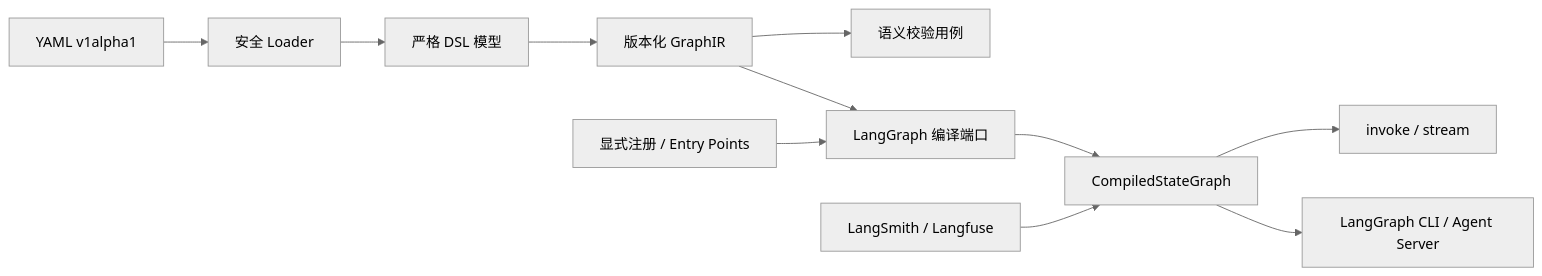
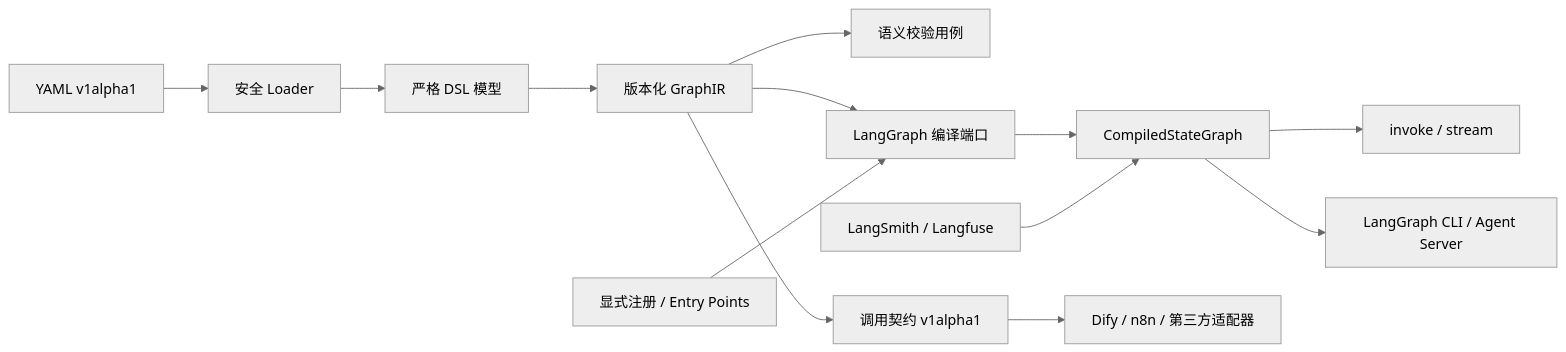
One commit to BrucePayton/GraphGPT changed the diagram in docs/ARCHITECTURE.md. Above: the diagram before and after it, drawn with Mermaid (neutral theme). The commit also changed other lines of this file and 15 other files, not shown here.

````diff
--- a/docs/ARCHITECTURE.md
+++ b/docs/ARCHITECTURE.md
@@ -8,13 +8,15 @@
 ```mermaid
 flowchart LR
     YAML["YAML v1alpha1"] --> Loader["安全 Loader"]
     Loader --> DSL["严格 DSL 模型"]
     DSL --> IR["版本化 GraphIR"]
     IR --> Validate["语义校验用例"]
     IR --> Compiler["LangGraph 编译端口"]
     Registry["显式注册 / Entry Points"] --> Compiler
     Compiler --> Native["CompiledStateGraph"]
     Native --> CLI["invoke / stream"]
     Native --> Server["LangGraph CLI / Agent Server"]
+    IR --> Contract["调用契约 v1alpha1"]
+    Contract --> Ecosystems["Dify / n8n / 第三方适配器"]
     Callbacks["LangSmith / Langfuse"] --> Native
 ```
````
